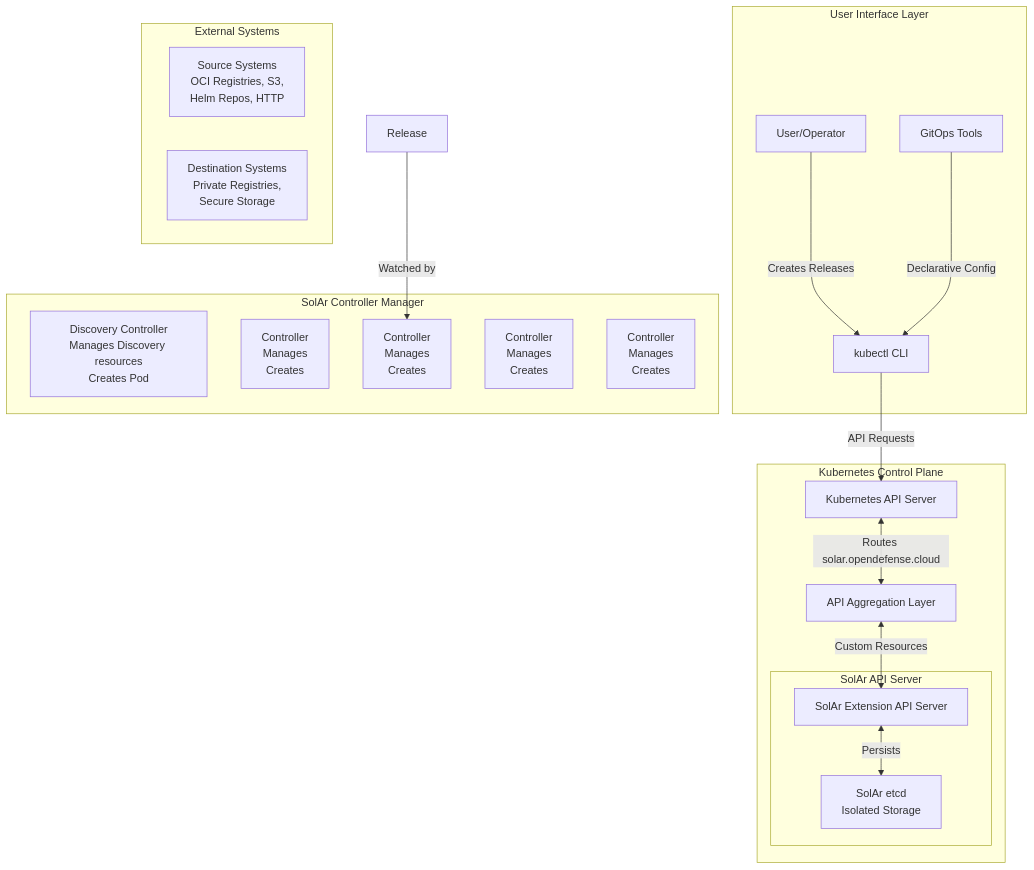
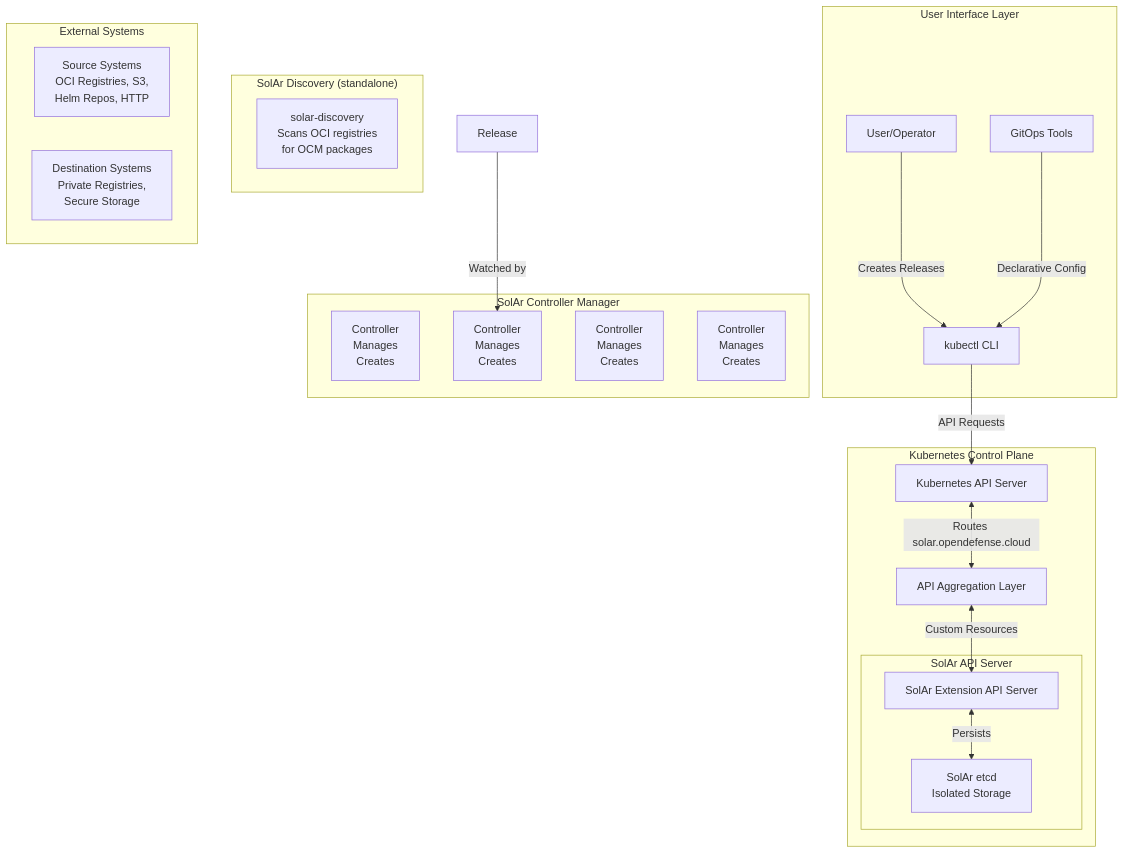
One commit to opendefensecloud/solution-arsenal changed the first of 2 diagrams in docs/developer-guide/architecture.md. Above: the diagram before and after it, drawn with Mermaid. The commit also changed other lines of this file and 68 other files, not shown here.

Commit message:
feat: refactor solar-discovery into standalone service

````diff
--- a/docs/developer-guide/architecture.md
+++ b/docs/developer-guide/architecture.md
@@ -5,41 +5,44 @@
 ```mermaid
 graph TB
     subgraph "User Interface Layer"
         User["User/Operator"]
         Kubectl["kubectl CLI"]
         GitOps["GitOps Tools"]
     end
 
     subgraph "Kubernetes Control Plane"
         K8sAPI["Kubernetes API Server"]
         APIAgg["API Aggregation Layer"]
 
         subgraph "SolAr API Server"
             SOLARAPI["SolAr Extension API Server"]
             SOLARETCD["SolAr etcd<br/>Isolated Storage"]
         end
     end
 
     subgraph "SolAr Controller Manager"
-        DiscoveryCtrl["Discovery Controller<br/>Manages Discovery resources<br/>Creates Pod"]
         TargetCtrl["Controller<br/>Manages<br/>Creates"]
         ReleaseCtrl["Controller<br/>Manages<br/>Creates"]
         BootstrapCtrl["Controller<br/>Manages<br/>Creates"]
         RenderTaskCtrl["Controller<br/>Manages<br/>Creates"]
+    end
+
+    subgraph "SolAr Discovery (standalone)"
+        Discovery["solar-discovery<br/>Scans OCI registries<br/>for OCM packages"]
     end
 
     subgraph "External Systems"
         SrcReg["Source Systems<br/>OCI Registries, S3,<br/>Helm Repos, HTTP"]
         DstReg["Destination Systems<br/>Private Registries,<br/>Secure Storage"]
     end
 
     User -->|"Creates Releases"| Kubectl
     GitOps -->|"Declarative Config"| Kubectl
     Kubectl -->|"API Requests"| K8sAPI
 
     K8sAPI <-->|"Routes solar.opendefense.cloud"| APIAgg
     APIAgg <-->|"Custom Resources"| SOLARAPI
     SOLARAPI <-->|"Persists"| SOLARETCD
 
     Release -->|"Watched by"| ReleaseCtrl
 ```
````
